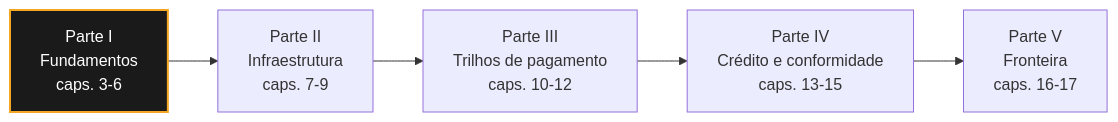
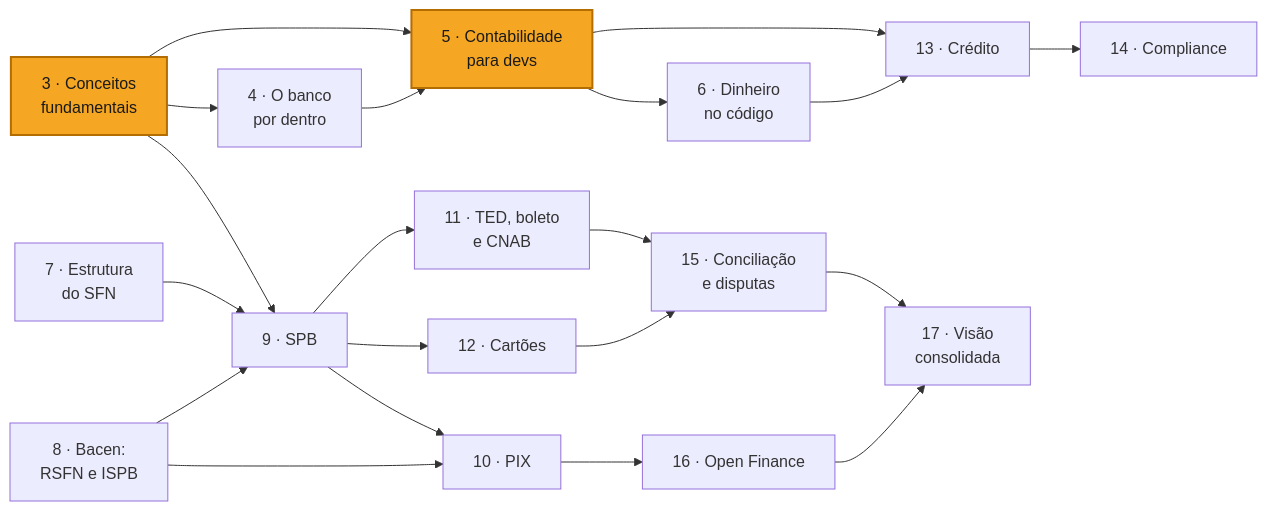
Before and after one commit to danielbfr3/sobre_aws: the first of 23 diagrams in apostila-sistema-financeiro-brasileiro-dev.md, drawn with Mermaid. The commit also changed other lines of this file, not shown here.

````diff
--- a/apostila-sistema-financeiro-brasileiro-dev.md
+++ b/apostila-sistema-financeiro-brasileiro-dev.md
@@ -65,9 +72,26 @@
 ```mermaid
 graph LR
-    P1["Parte I<br/>Fundamentos<br/>caps. 3-6"] --> P2["Parte II<br/>Infraestrutura<br/>caps. 7-9"]
-    P2 --> P3["Parte III<br/>Trilhos de pagamento<br/>caps. 10-12"]
-    P3 --> P4["Parte IV<br/>Crédito e conformidade<br/>caps. 13-15"]
-    P4 --> P5["Parte V<br/>Fronteira<br/>caps. 16-17"]
+    classDef destaque fill:#f5a623,stroke:#b36d00,color:#1a1a1a,stroke-width:2px
 
-    style P1 fill:#1a1a1a,color:#fff,stroke:#f5a623,stroke-width:2px
+    C3["3 · Conceitos<br/>fundamentais"] --> C4["4 · O banco<br/>por dentro"]
+    C3 --> C5["5 · Contabilidade<br/>para devs"]
+    C3 --> C9["9 · SPB"]
+    C4 --> C5
+    C5 --> C6["6 · Dinheiro<br/>no código"]
+    C5 --> C13["13 · Crédito"]
+    C6 --> C13
+    C9 --> C10["10 · PIX"]
+    C9 --> C11["11 · TED, boleto<br/>e CNAB"]
+    C9 --> C12["12 · Cartões"]
+    C7["7 · Estrutura<br/>do SFN"] --> C9
+    C8["8 · Bacen:<br/>RSFN e ISPB"] --> C10
+    C8 --> C9
+    C10 --> C16["16 · Open Finance"]
+    C11 --> C15["15 · Conciliação<br/>e disputas"]
+    C12 --> C15
+    C13 --> C14["14 · Compliance"]
+    C15 --> C17["17 · Visão<br/>consolidada"]
+    C16 --> C17
+
+    class C3,C5 destaque
 ```
````
